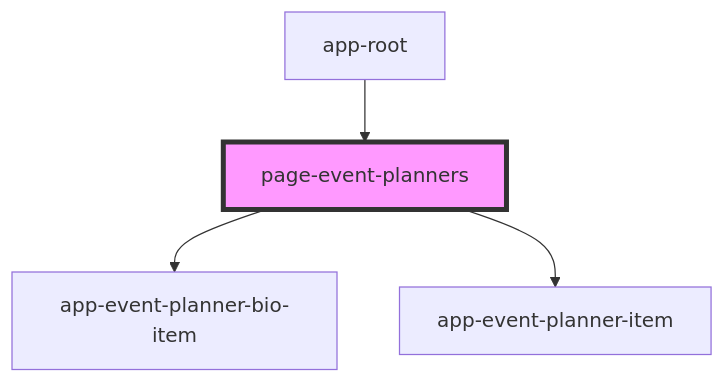
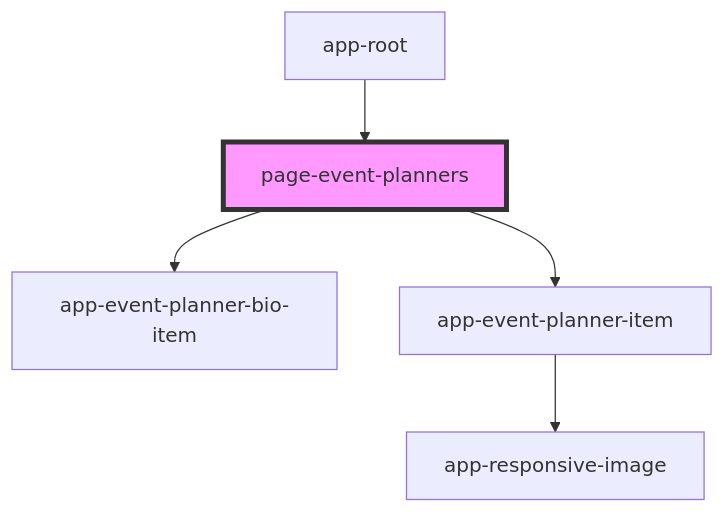
Before and after one commit to lokheed/IconEventNetwork.Web: the diagram in iconeventnetwork-web/src/components/pages/page-event-planners/readme.md, drawn with Mermaid. The commit also changed 10 other files, not shown here.

First line of the commit message:
Implemented responsive-image component

````diff
--- a/iconeventnetwork-web/src/components/pages/page-event-planners/readme.md
+++ b/iconeventnetwork-web/src/components/pages/page-event-planners/readme.md
@@ -20,7 +20,8 @@
 ```mermaid
 graph TD;
   page-event-planners --> app-event-planner-bio-item
   page-event-planners --> app-event-planner-item
+  app-event-planner-item --> app-responsive-image
   app-root --> page-event-planners
   style page-event-planners fill:#f9f,stroke:#333,stroke-width:4px
 ```
````
